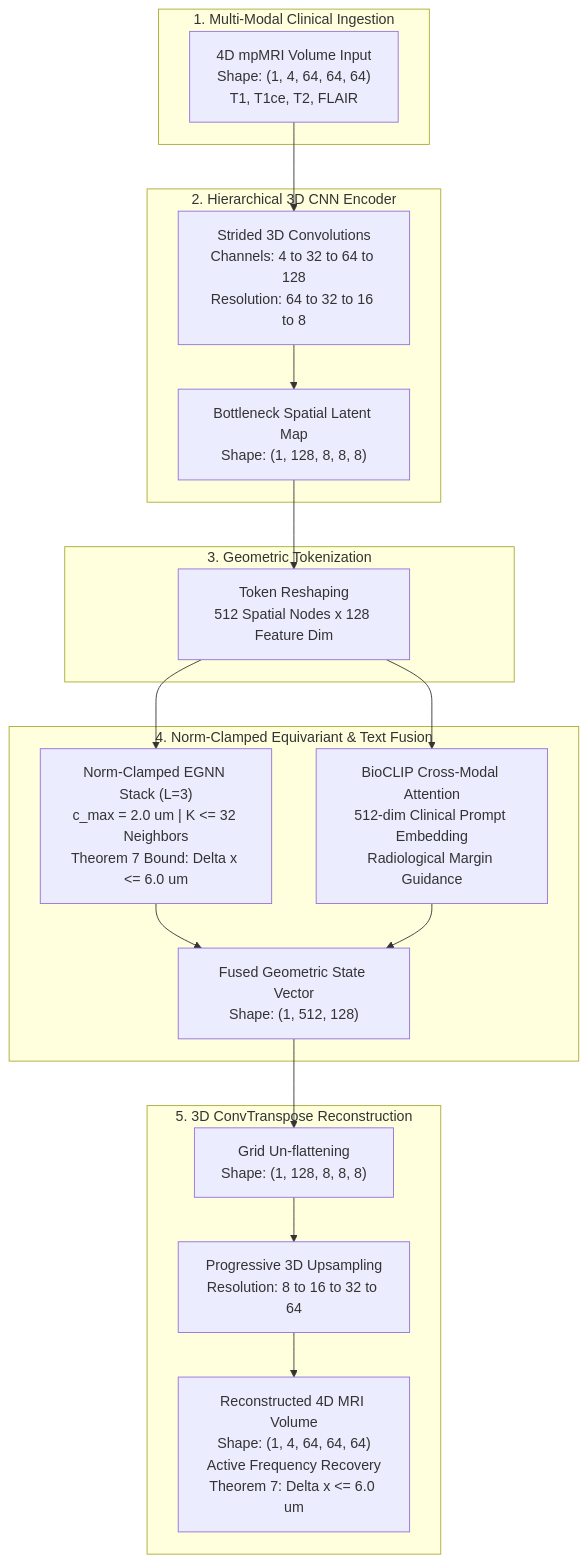
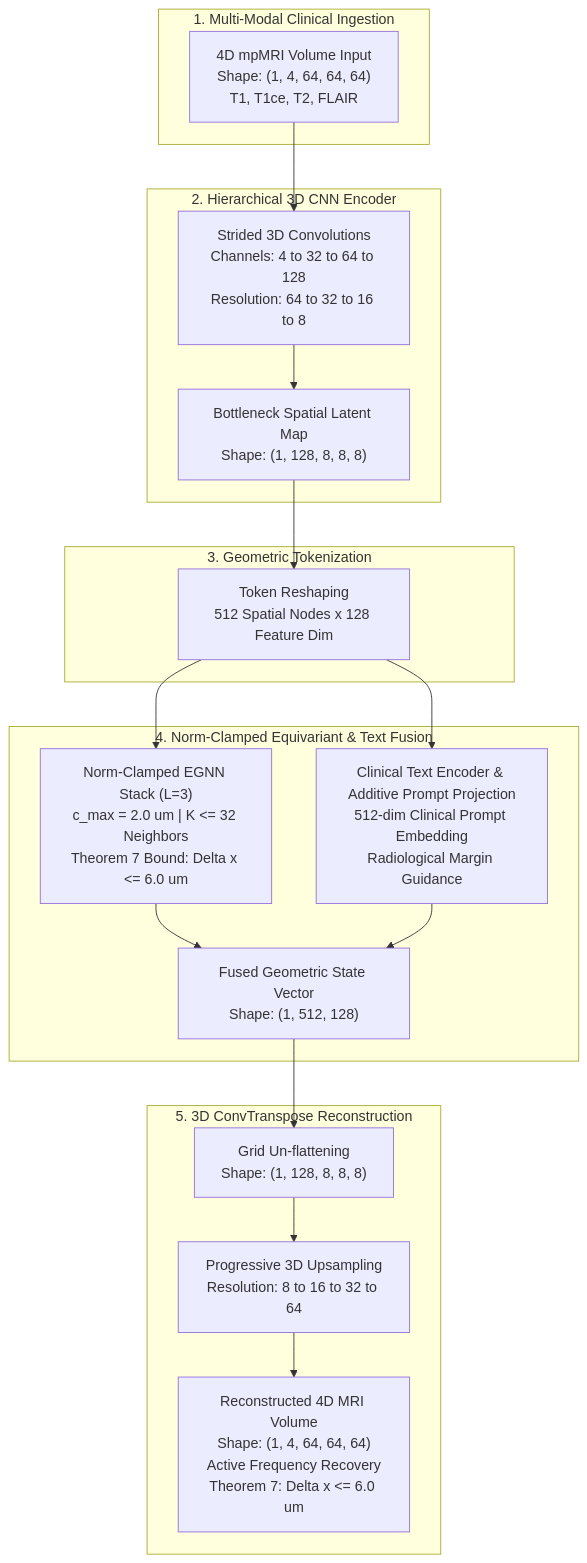
One commit to abhinavkumardixit-lgtm/OSI-V.2-Medical-Image-Reconstruction-Using-a-Self-Developed-method- changed the diagram in README.md. Above: the diagram before and after it, drawn with Mermaid. The commit also changed other lines of this file and 16 other files, not shown here.

Commit message:
fix(clinical-audit): resolve keyword offsets, prompt leakage, nomenclature, and held-out statistics

````diff
--- a/README.md
+++ b/README.md
@@ -26,38 +26,38 @@
 ```mermaid
 flowchart TD
     subgraph Ingestion ["1. Multi-Modal Clinical Ingestion"]
         A["4D mpMRI Volume Input<br/>Shape: (1, 4, 64, 64, 64)<br/>T1, T1ce, T2, FLAIR"]
     end
 
     subgraph Encoder ["2. Hierarchical 3D CNN Encoder"]
         B["Strided 3D Convolutions<br/>Channels: 4 to 32 to 64 to 128<br/>Resolution: 64 to 32 to 16 to 8"]
         C["Bottleneck Spatial Latent Map<br/>Shape: (1, 128, 8, 8, 8)"]
     end
 
     subgraph Tokenize ["3. Geometric Tokenization"]
         D["Token Reshaping<br/>512 Spatial Nodes x 128 Feature Dim"]
     end
 
     subgraph Fusion ["4. Norm-Clamped Equivariant & Text Fusion"]
         E["Norm-Clamped EGNN Stack (L=3)<br/>c_max = 2.0 um | K <= 32 Neighbors<br/>Theorem 7 Bound: Delta x <= 6.0 um"]
-        F["BioCLIP Cross-Modal Attention<br/>512-dim Clinical Prompt Embedding<br/>Radiological Margin Guidance"]
+        F["Clinical Text Encoder & Additive Prompt Projection<br/>512-dim Clinical Prompt Embedding<br/>Radiological Margin Guidance"]
         G["Fused Geometric State Vector<br/>Shape: (1, 512, 128)"]
     end
 
     subgraph Decoder ["5. 3D ConvTranspose Reconstruction"]
         H["Grid Un-flattening<br/>Shape: (1, 128, 8, 8, 8)"]
         I["Progressive 3D Upsampling<br/>Resolution: 8 to 16 to 32 to 64"]
         J["Reconstructed 4D MRI Volume<br/>Shape: (1, 4, 64, 64, 64)<br/>Active Frequency Recovery<br/>Theorem 7: Delta x <= 6.0 um"]
     end
 
     A --> B
     B --> C
     C --> D
     D --> E
     D --> F
     E --> G
     F --> G
     G --> H
     H --> I
     I --> J
 ```
````
